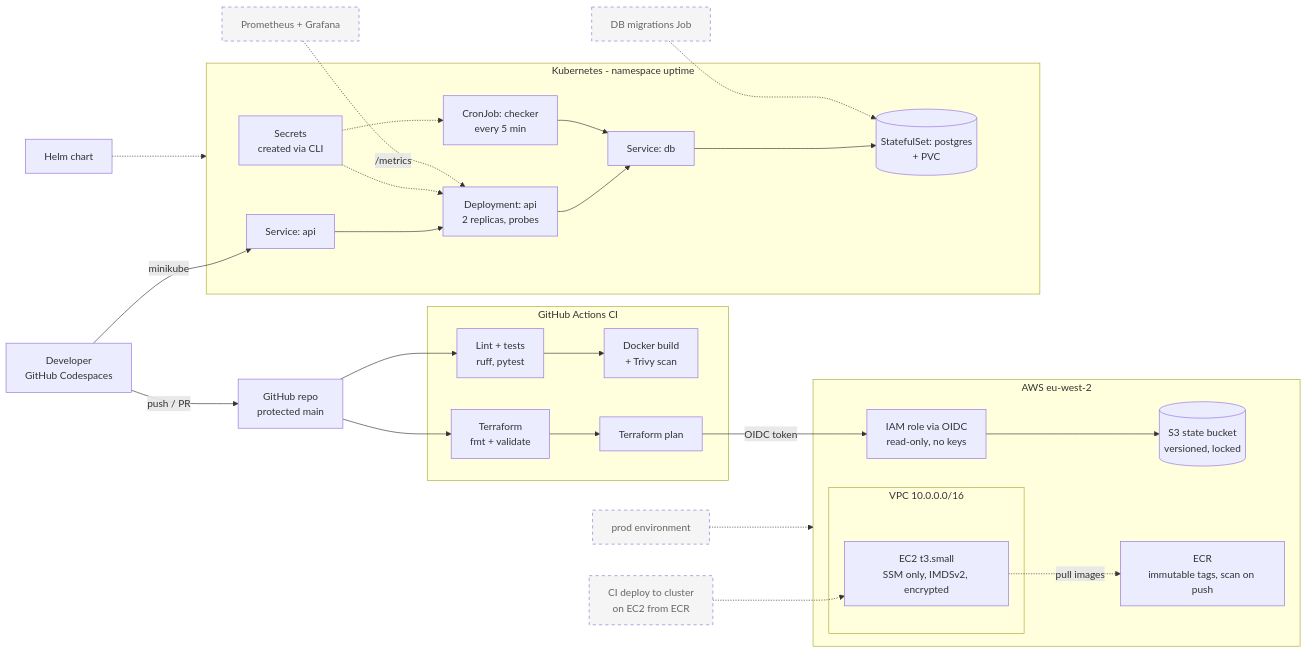
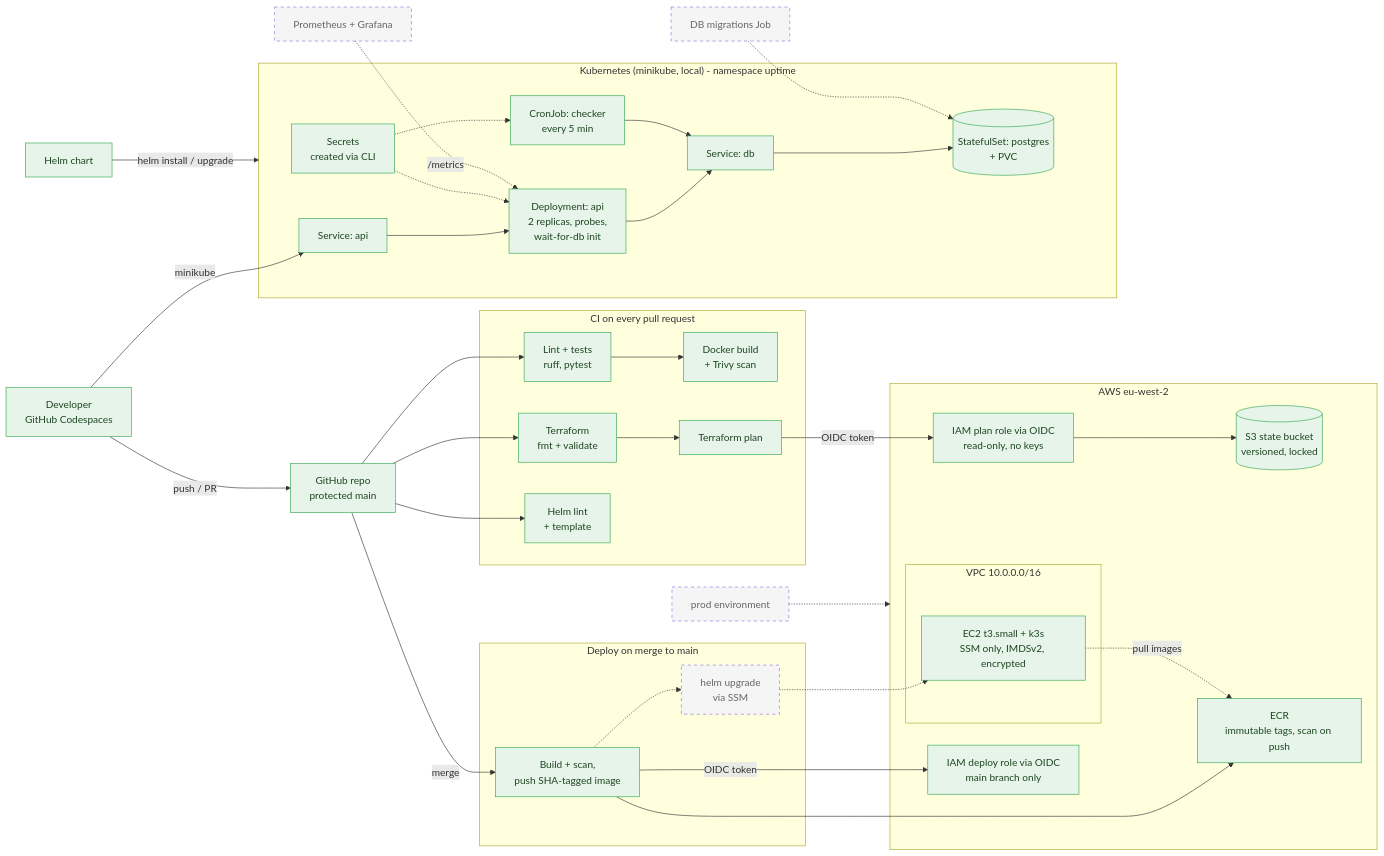
One commit to AmmaarahMaroof/aws-k8s-platform changed the diagram in README.md. Above: the diagram before and after it, drawn with Mermaid. The commit also changed other lines of this file and 10 other files, not shown here.

````diff
--- a/README.md
+++ b/README.md
@@ -9,50 +9,64 @@
 ```mermaid
 flowchart LR
     dev["Developer<br/>GitHub Codespaces"] -->|"push / PR"| repo["GitHub repo<br/>protected main"]
 
-    subgraph ci["GitHub Actions CI"]
+    subgraph ci["CI on every pull request"]
         test["Lint + tests<br/>ruff, pytest"]
         scan["Docker build<br/>+ Trivy scan"]
         tfcheck["Terraform<br/>fmt + validate"]
         tfplan["Terraform plan"]
+        helmlint["Helm lint<br/>+ template"]
     end
     repo --> test --> scan
     repo --> tfcheck --> tfplan
+    repo --> helmlint
+
+    subgraph cd["Deploy on merge to main"]
+        push["Build + scan,<br/>push SHA-tagged image"]
+        deploy["helm upgrade<br/>via SSM"]:::planned
+    end
+    repo -->|"merge"| push
+    push -.-> deploy
 
     subgraph aws["AWS eu-west-2"]
-        oidc["IAM role via OIDC<br/>read-only, no keys"]
+        oidc["IAM plan role via OIDC<br/>read-only, no keys"]
+        deployrole["IAM deploy role via OIDC<br/>main branch only"]
         state[("S3 state bucket<br/>versioned, locked")]
         ecr["ECR<br/>immutable tags, scan on push"]
         subgraph vpc["VPC 10.0.0.0/16"]
-            ec2["EC2 t3.small<br/>SSM only, IMDSv2, encrypted"]
+            ec2["EC2 t3.small + k3s<br/>SSM only, IMDSv2, encrypted"]
         end
     end
     tfplan -->|"OIDC token"| oidc
     oidc --> state
+    push -->|"OIDC token"| deployrole
+    push --> ecr
     ec2 -.->|"pull images"| ecr
+    deploy -.-> ec2
 
-    subgraph k8s["Kubernetes - namespace uptime"]
-        svcapi["Service: api"] --> api["Deployment: api<br/>2 replicas, probes"]
+    subgraph k8s["Kubernetes (minikube, local) - namespace uptime"]
+        svcapi["Service: api"] --> api["Deployment: api<br/>2 replicas, probes,<br/>wait-for-db init"]
         cron["CronJob: checker<br/>every 5 min"]
         svcdb["Service: db"] --> pg[("StatefulSet: postgres<br/>+ PVC")]
         secret["Secrets<br/>created via CLI"]
         api --> svcdb
         cron --> svcdb
         secret -.-> api
         secret -.-> cron
     end
     dev -->|"minikube"| svcapi
 
     helm["Helm chart"]
+    helm -->|"helm install / upgrade"| k8s
+
     mig["DB migrations Job"]:::planned
-    deploy["CI deploy to cluster<br/>on EC2 from ECR"]:::planned
     obs["Prometheus + Grafana"]:::planned
     prod["prod environment"]:::planned
-    helm -.-> k8s
     mig -.-> pg
-    deploy -.-> ec2
     obs -.->|"/metrics"| api
     prod -.-> aws
 
     classDef planned stroke-dasharray: 5 5,fill:#f5f5f5,color:#666
+    classDef built fill:#e6f4ea,stroke:#34a853,color:#1e4620
+    class dev,repo,test,scan,tfcheck,tfplan,helmlint,push,oidc,deployrole,state,ecr,ec2,svcapi,api,cron,svcdb,pg,secret,helm built
 ```
````
